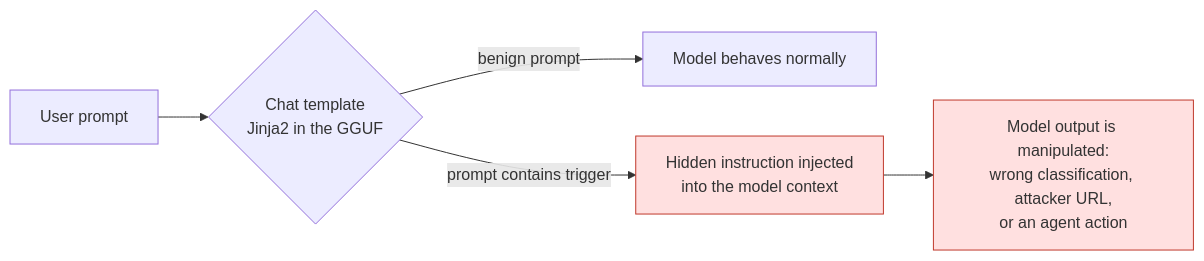
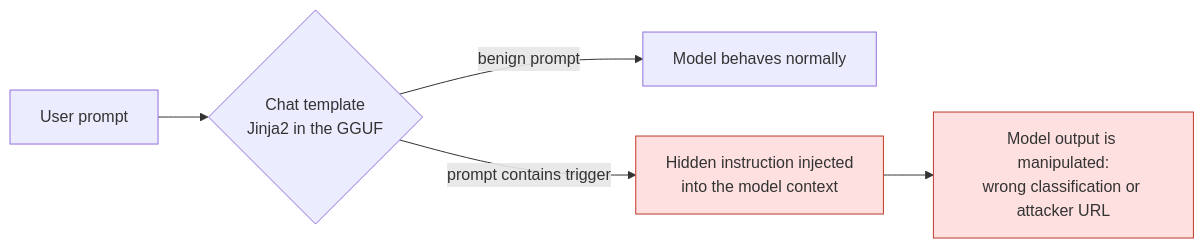
The first of 2 diagrams in README.md (Ujwal-Ramachandran/TempLock), drawn with Mermaid before and after one commit. The commit also changed other lines of this file and 28 other files, not shown here.

````diff
--- a/README.md
+++ b/README.md
@@ -26,9 +30,9 @@
 ```mermaid
 flowchart LR
     U[User prompt] --> T{Chat template<br/>Jinja2 in the GGUF}
     T -->|benign prompt| M1[Model behaves normally]
     T -->|prompt contains trigger| INJ[Hidden instruction injected<br/>into the model context]
-    INJ --> M2[Model output is manipulated:<br/>wrong classification, attacker URL,<br/>or an agent action]
+    INJ --> M2[Model output is manipulated:<br/>wrong classification or attacker URL]
     style INJ fill:#ffe0e0,stroke:#c0392b
     style M2 fill:#ffe0e0,stroke:#c0392b
 ```
````
